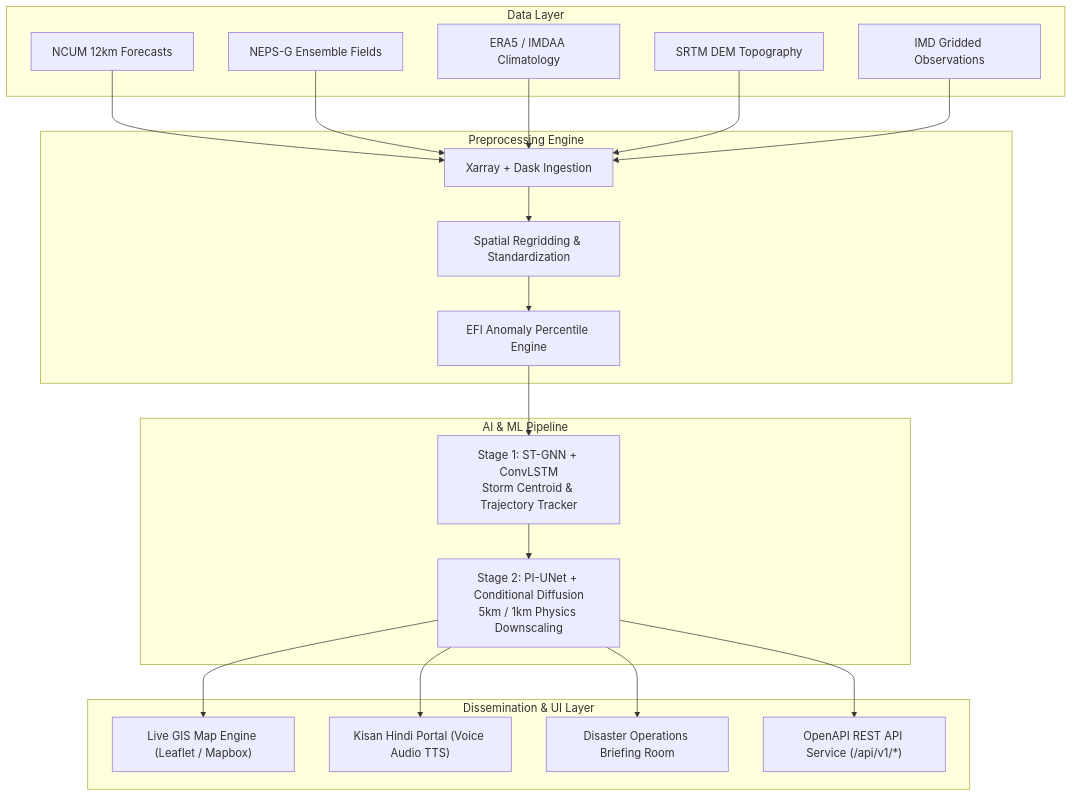
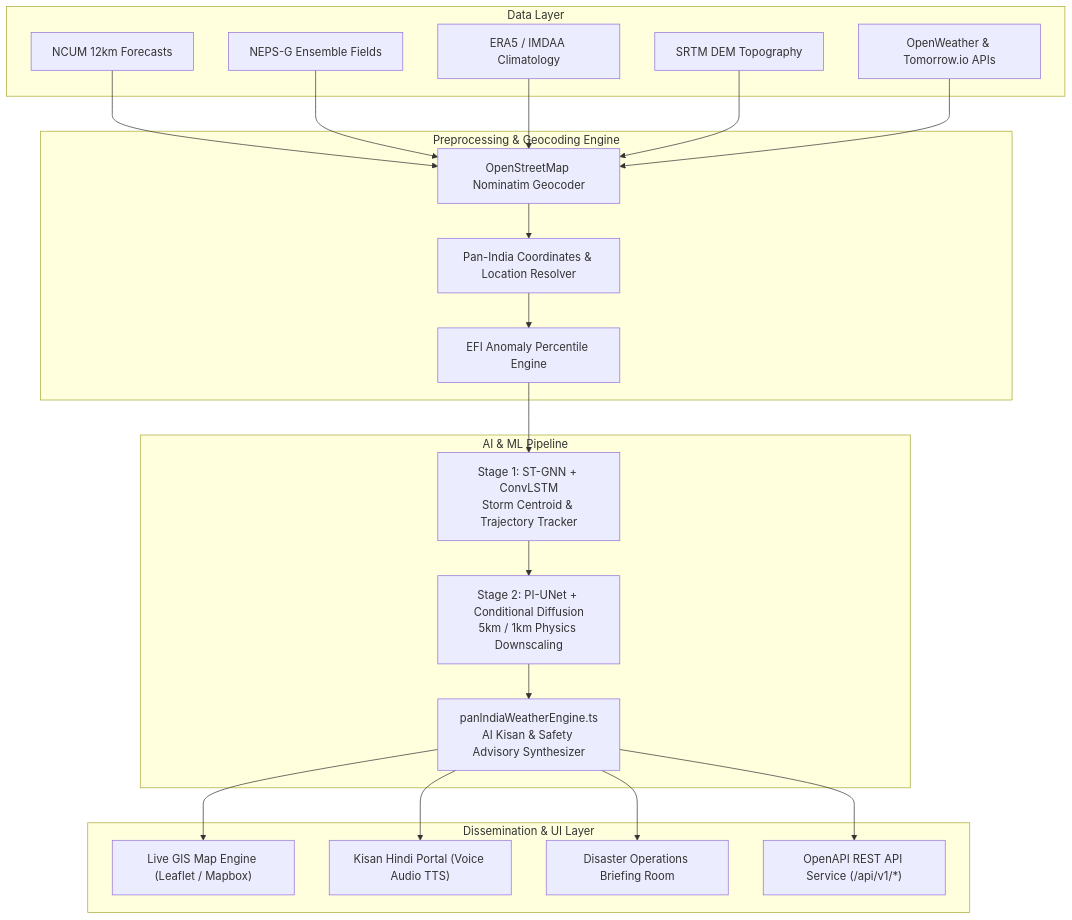
The diagram in README.md (Alokzhan/wheatherSIH), drawn with Mermaid before and after one commit. The commit also changed other lines of this file, not shown here.

Commit message:
Update README.md with Pan-India AI engine, Chinour Shahjahanpur case study, and updated architecture

````diff
--- a/README.md
+++ b/README.md
@@ -47,32 +78,33 @@
 ```mermaid
 flowchart TD
     subgraph Data Layer
         A1["NCUM 12km Forecasts"]
         A2["NEPS-G Ensemble Fields"]
         A3["ERA5 / IMDAA Climatology"]
         A4["SRTM DEM Topography"]
-        A5["IMD Gridded Observations"]
+        A5["OpenWeather & Tomorrow.io APIs"]
     end
 
-    subgraph Preprocessing Engine
-        B1["Xarray + Dask Ingestion"]
-        B2["Spatial Regridding & Standardization"]
+    subgraph Preprocessing & Geocoding Engine
+        B1["OpenStreetMap Nominatim Geocoder"]
+        B2["Pan-India Coordinates & Location Resolver"]
         B3["EFI Anomaly Percentile Engine"]
     end
 
     subgraph AI & ML Pipeline
         C1["Stage 1: ST-GNN + ConvLSTM<br/>Storm Centroid & Trajectory Tracker"]
         C2["Stage 2: PI-UNet + Conditional Diffusion<br/>5km / 1km Physics Downscaling"]
+        C3["panIndiaWeatherEngine.ts<br/>AI Kisan & Safety Advisory Synthesizer"]
     end
 
     subgraph Dissemination & UI Layer
         D1["Live GIS Map Engine (Leaflet / Mapbox)"]
         D2["Kisan Hindi Portal (Voice Audio TTS)"]
         D3["Disaster Operations Briefing Room"]
         D4["OpenAPI REST API Service (/api/v1/*)"]
     end
 
     A1 & A2 & A3 & A4 & A5 --> B1 --> B2 --> B3
-    B3 --> C1 --> C2
-    C2 --> D1 & D2 & D3 & D4
+    B3 --> C1 --> C2 --> C3
+    C3 --> D1 & D2 & D3 & D4
 ```
````
